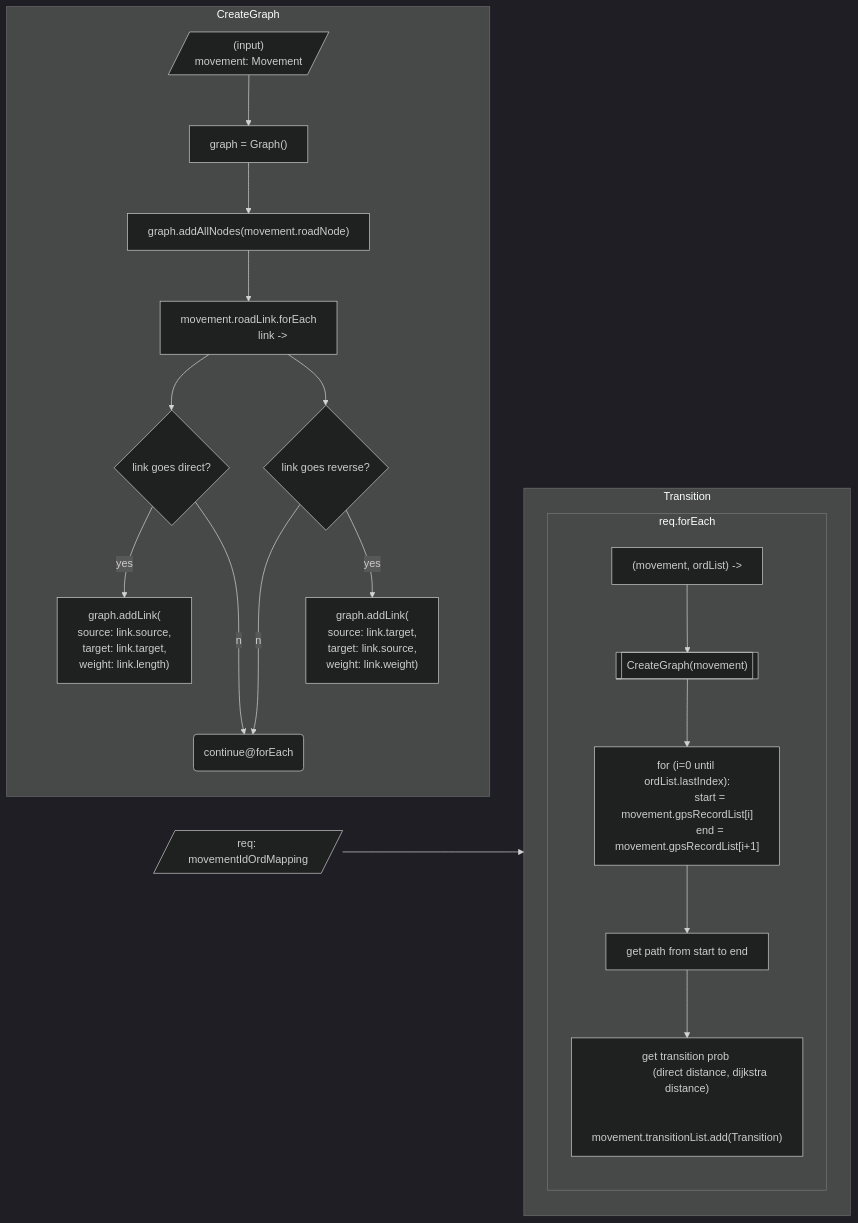
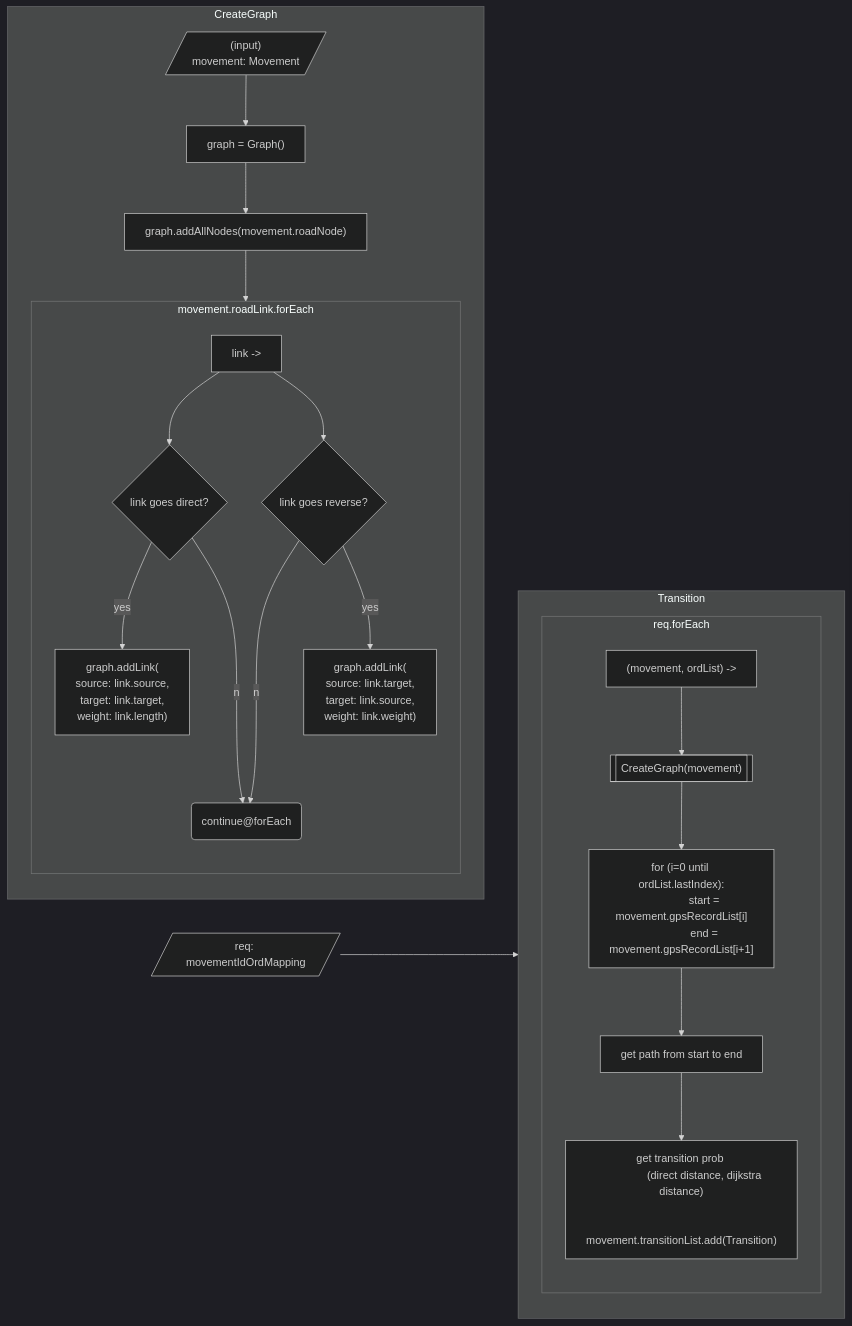
The diagram in 4_transition.mmd (tw-yoo/appmeter-revising-flowchart), drawn with Mermaid (dark theme) before and after one commit.

Commit message:
transition createGraph foreach문 수정

```diff
--- a/4_transition.mmd
+++ b/4_transition.mmd
@@ -1,77 +1,76 @@
 flowchart LR    
     Input[/req: movementIdOrdMapping/]
 
     subgraph CreateGraph
             direction TB
             GraphInput[/"
                 (input) 
                 movement: Movement
             "/]
             Graph["graph = Graph()"]
             AddNodeAndLink["graph.addAllNodes(movement.roadNode)"]
 
-            roadLinkForEach["
-                movement.roadLink.forEach
-                link -> 
-            "]
+            subgraph movement.roadLink.forEach
+                direction TB
 
-            IfLinkDirectWay{"link goes direct?"}
-            IfLinkReverseWay{"link goes reverse?"}
+                itRoadLink["link ->"]
+                IfLinkDirectWay{"link goes direct?"}
+                IfLinkReverseWay{"link goes reverse?"}
 
-            AddDirectLink["graph.addLink(
-            source: link.source, 
-            target: link.target,
-            weight: link.length)"]
-            AddReverseLink["graph.addLink(
-            source: link.target, 
-            target: link.source,
-            weight: link.weight)"]
+                AddDirectLink["graph.addLink(
+                source: link.source, 
+                target: link.target,
+                weight: link.length)"]
+                AddReverseLink["graph.addLink(
+                source: link.target, 
+                target: link.source,
+                weight: link.weight)"]
 
-            Continue("continue@forEach")
+                Continue("continue@forEach")
 
+                itRoadLink --> IfLinkDirectWay
+                itRoadLink --> IfLinkReverseWay
 
-            GraphInput --> Graph --> AddNodeAndLink --> roadLinkForEach
-            roadLinkForEach --> IfLinkDirectWay
-            roadLinkForEach --> IfLinkReverseWay
+                IfLinkDirectWay --yes--> AddDirectLink
+                IfLinkDirectWay --no--> Continue
+                IfLinkReverseWay --no--> Continue
+                IfLinkReverseWay --yes--> AddReverseLink
 
-            IfLinkDirectWay --yes--> AddDirectLink
-             
-            IfLinkDirectWay --no--> Continue
-            IfLinkReverseWay --no--> Continue
+            end
 
-            IfLinkReverseWay --yes--> AddReverseLink
+            GraphInput --> Graph --> AddNodeAndLink --> movement.roadLink.forEach
 
         end
 
     subgraph Transition
         direction TB
 
         subgraph req.forEach
             direction TB
 
             itReq["(movement, ordList) ->"]
 
             OrdListForEach["
                 for (i=0 until ordList.lastIndex):
                 start = movement.gpsRecordList[i]
                 end = movement.gpsRecordList[i+1]
             "]
 
             GetPath["
                 get path from start to end
             "]
 
             AddTransition["
                 get transition prob 
                 (direct distance, dijkstra distance)
 
                 movement.transitionList.add(Transition)
             "]
 
             itReq --> funCreateGraph[["CreateGraph(movement)"]] --> OrdListForEach --> GetPath --> AddTransition
 
         end
 
     end
 
 Input --> Transition
```
